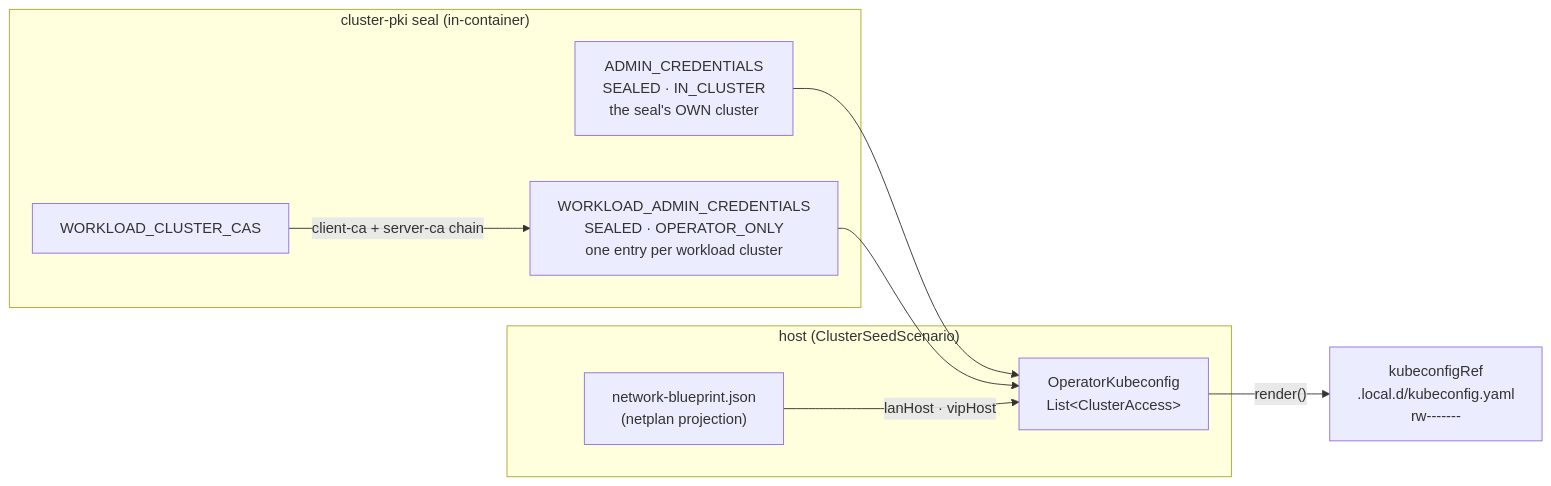
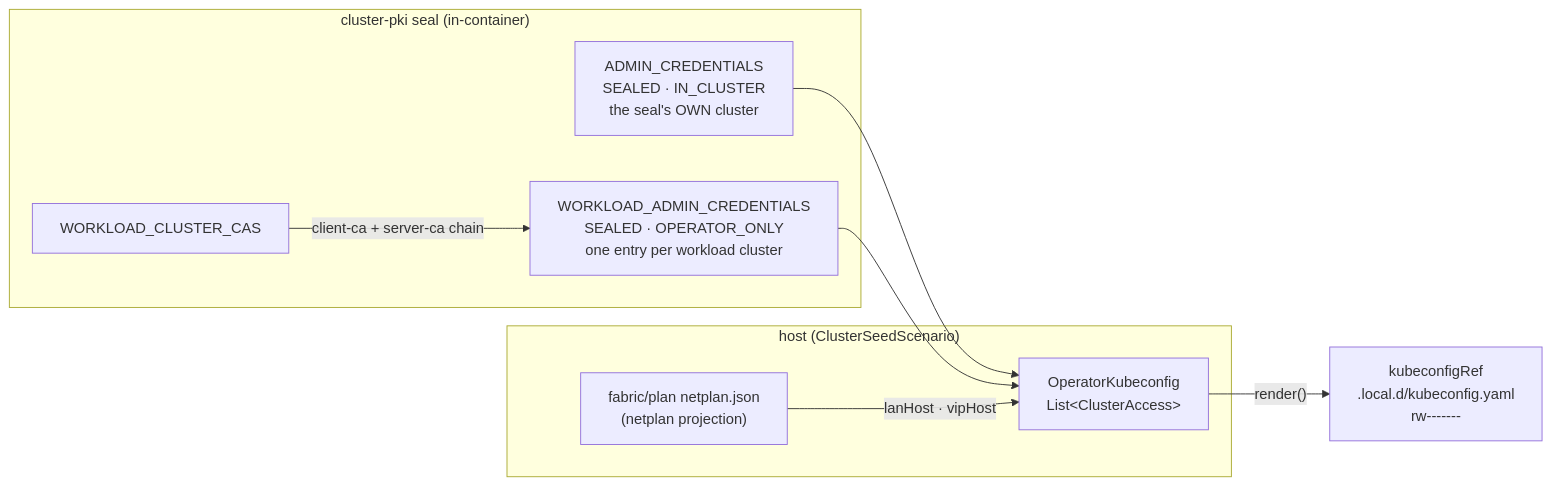
Before and after one commit to seedmatic/rke2lab: the second of 3 diagrams in docs/architecture/cluster-api/deterministic-cluster-access.adoc, drawn with Mermaid. The commit also changed other lines of this file and 14 other files, not shown here.

```diff
--- a/docs/architecture/cluster-api/deterministic-cluster-access.adoc
+++ b/docs/architecture/cluster-api/deterministic-cluster-access.adoc
@@ -321,17 +321,17 @@
 [source,mermaid]
 ----
 flowchart LR
   subgraph seal["cluster-pki seal (in-container)"]
     ac["ADMIN_CREDENTIALS<br/>SEALED · IN_CLUSTER<br/>the seal's OWN cluster"]
     wac["WORKLOAD_ADMIN_CREDENTIALS<br/>SEALED · OPERATOR_ONLY<br/>one entry per workload cluster"]
     wcc["WORKLOAD_CLUSTER_CAS"] -->|"client-ca + server-ca chain"| wac
   end
   subgraph host["host (ClusterSeedScenario)"]
-    np["network-blueprint.json<br/>(netplan projection)"]
+    np["fabric/plan netplan.json<br/>(netplan projection)"]
     doc["OperatorKubeconfig<br/>List&lt;ClusterAccess&gt;"]
   end
   ac --> doc
   wac --> doc
   np -->|"lanHost · vipHost"| doc
   doc -->|"render()"| out["kubeconfigRef<br/>.local.d/kubeconfig.yaml<br/>rw-------"]
 ----
```
